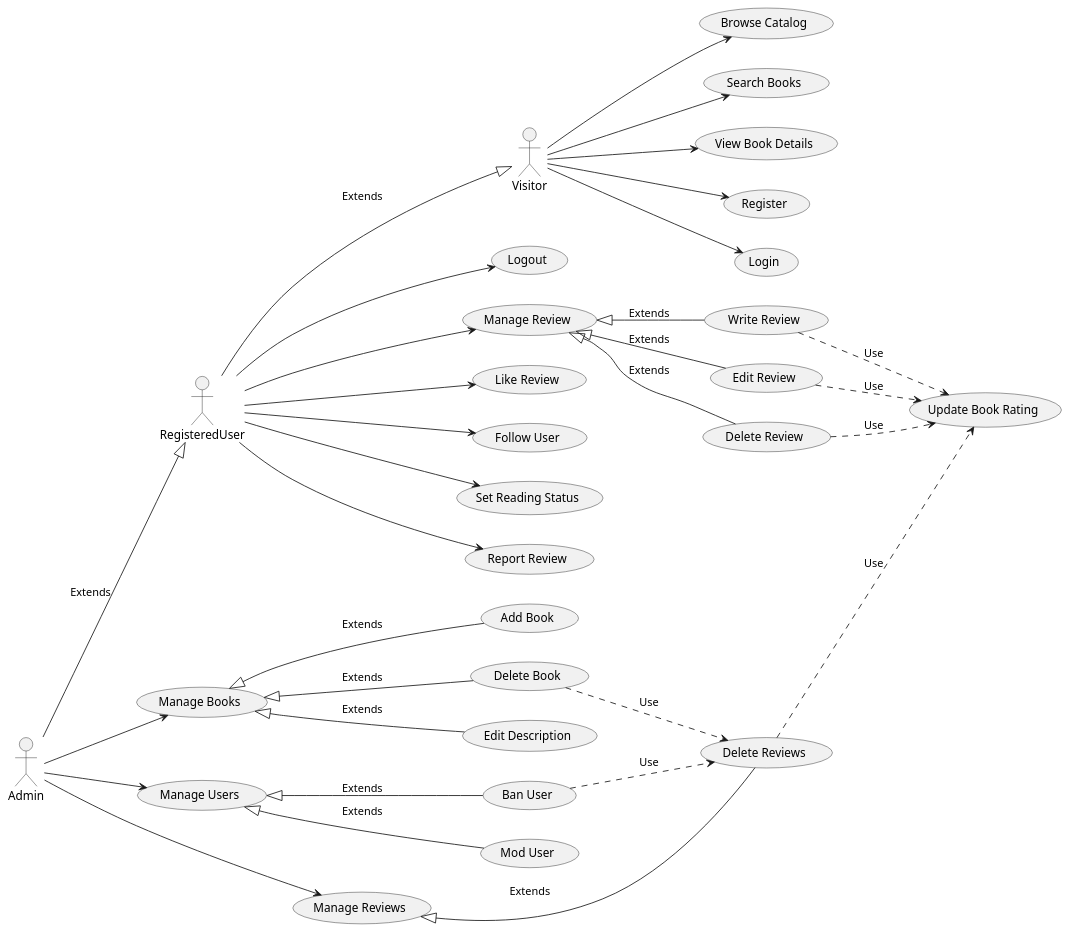
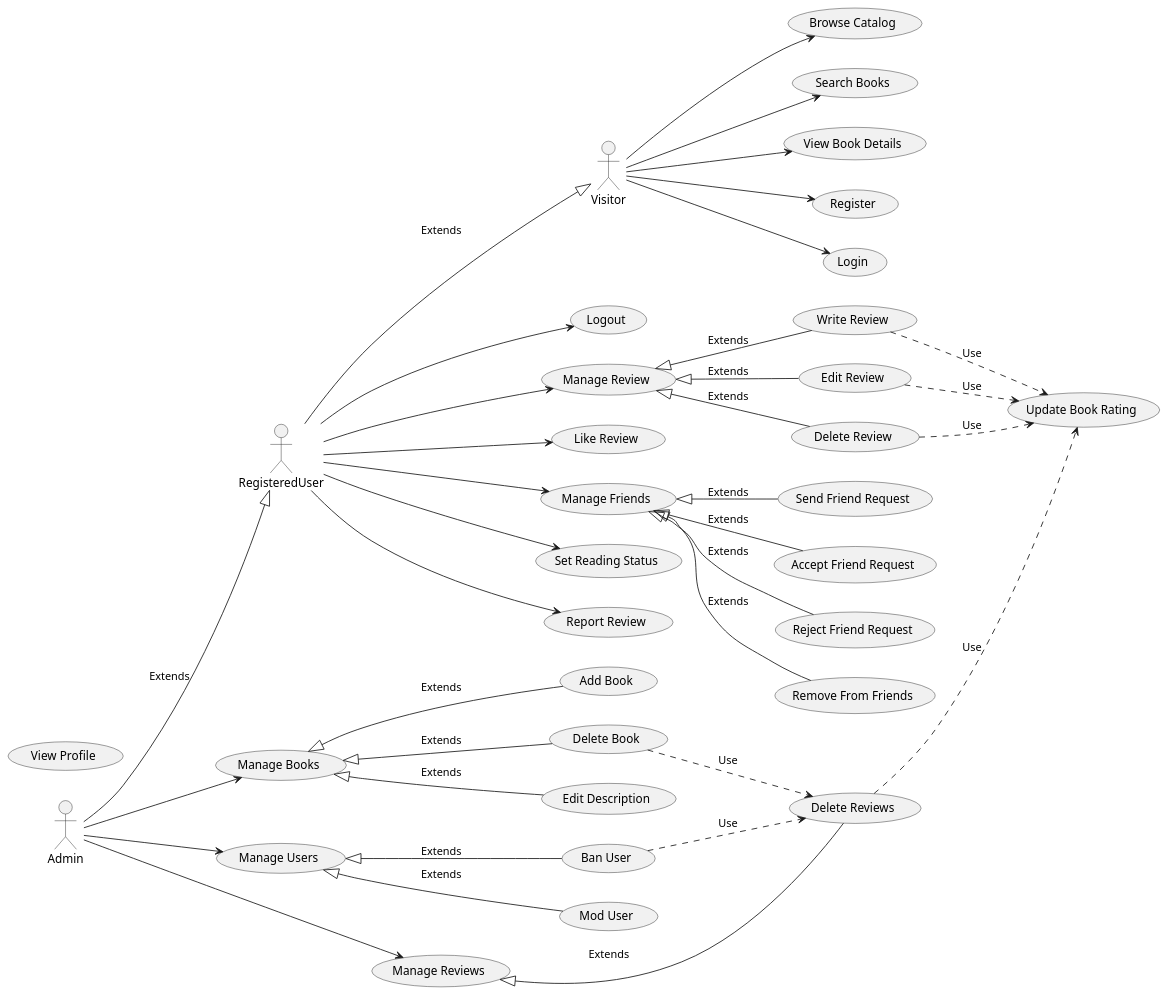
Before and after one commit to FruitPug/components-of-software-engineering-labs: the diagram in lab2/src/UseCase.puml, drawn with PlantUML. The commit also changed 1 other file, not shown here.

Commit message:
fixed friends management in the diagram

```diff
--- a/lab2/src/UseCase.puml
+++ b/lab2/src/UseCase.puml
@@ -1,77 +1,87 @@
 @startuml
 left to right direction
 
 actor Visitor
 actor RegisteredUser
 actor Admin
 
 Admin --|> RegisteredUser : Extends
 RegisteredUser --|> Visitor : Extends 
 
 usecase "Browse Catalog" as UC_Browse
 usecase "Search Books" as UC_Search
 usecase "View Book Details" as UC_ViewBook
 usecase "Register" as UC_Register
 usecase "Login" as UC_Login
 
 usecase "Logout" as UC_Logout
 usecase "Manage Review" as UC_ManageReview
 usecase "Write Review" as UC_WriteReview
 usecase "Edit Review" as UC_EditReview
 usecase "Delete Review" as UC_DeleteReview
 usecase "Like Review" as UC_LikeReview
-usecase "Follow User" as UC_FollowUser
+usecase "View Profile" as UC_ViewProfile
+usecase "Manage Friends" as UC_ManageFriends
+usecase "Send Friend Request" as UC_SendFriendRequest
+usecase "Accept Friend Request" as UC_AcceptFriendRequest
+usecase "Reject Friend Request" as UC_RejectFriendRequest
+usecase "Remove From Friends" as UC_RemoveFromFriends
 usecase "Set Reading Status" as UC_Status
 usecase "Report Review" as UC_ReportReview
 
 usecase "Update Book Rating" as UC_UpdateRating
 
 usecase "Manage Books" as UC_ManageBooks
 usecase "Manage Users" as UC_ManageUsers
 usecase "Manage Reviews" as UC_ManageAllReviews
 usecase "Add Book" as UC_AddBook
 usecase "Delete Book" as UC_DeleteBook
 usecase "Edit Description" as UC_EditDescription
 usecase "Ban User" as UC_BanUser
 usecase "Mod User" as UC_ModUser
 usecase "Delete Reviews" as UC_DeleteReviews
 
 Visitor --> UC_Browse
 Visitor --> UC_Search
 Visitor --> UC_ViewBook
 Visitor --> UC_Register
 Visitor --> UC_Login
 
 RegisteredUser --> UC_Logout
 RegisteredUser --> UC_ManageReview
 RegisteredUser --> UC_LikeReview
-RegisteredUser --> UC_FollowUser
+RegisteredUser --> UC_ManageFriends
 RegisteredUser --> UC_Status
 RegisteredUser --> UC_ReportReview
 
 Admin --> UC_ManageBooks
 Admin --> UC_ManageUsers
 Admin --> UC_ManageAllReviews
 
 UC_WriteReview ..> UC_UpdateRating : Use
 UC_EditReview ..> UC_UpdateRating : Use
 UC_DeleteReview ..> UC_UpdateRating : Use
 
 UC_DeleteBook ..> UC_DeleteReviews : Use
 UC_BanUser ..> UC_DeleteReviews : Use
 UC_DeleteReviews ..> UC_UpdateRating : Use
 
+UC_ManageFriends  <|-- UC_SendFriendRequest : Extends
+UC_ManageFriends  <|-- UC_AcceptFriendRequest : Extends
+UC_ManageFriends  <|-- UC_RejectFriendRequest : Extends
+UC_ManageFriends  <|-- UC_RemoveFromFriends : Extends
+
 UC_ManageReview <|-- UC_WriteReview : Extends
 UC_ManageReview <|-- UC_EditReview : Extends
 UC_ManageReview <|-- UC_DeleteReview : Extends
 
 UC_ManageBooks <|-- UC_AddBook : Extends
 UC_ManageBooks <|-- UC_DeleteBook : Extends
 UC_ManageBooks <|-- UC_EditDescription : Extends
 
 UC_ManageUsers <|-- UC_BanUser : Extends
 UC_ManageUsers <|-- UC_ModUser : Extends
 
 UC_ManageAllReviews  <|-- UC_DeleteReviews : Extends
 
 @enduml
```
